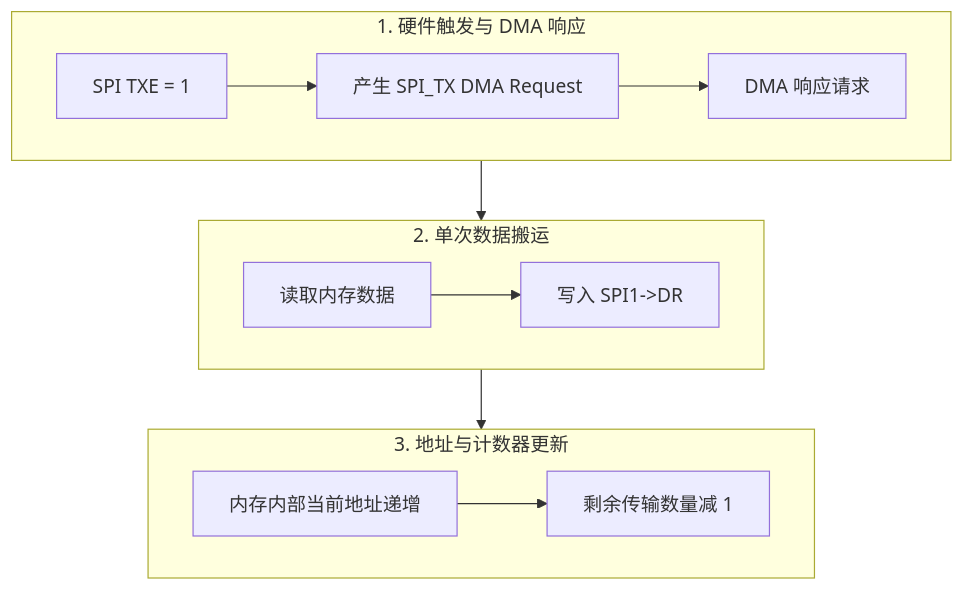
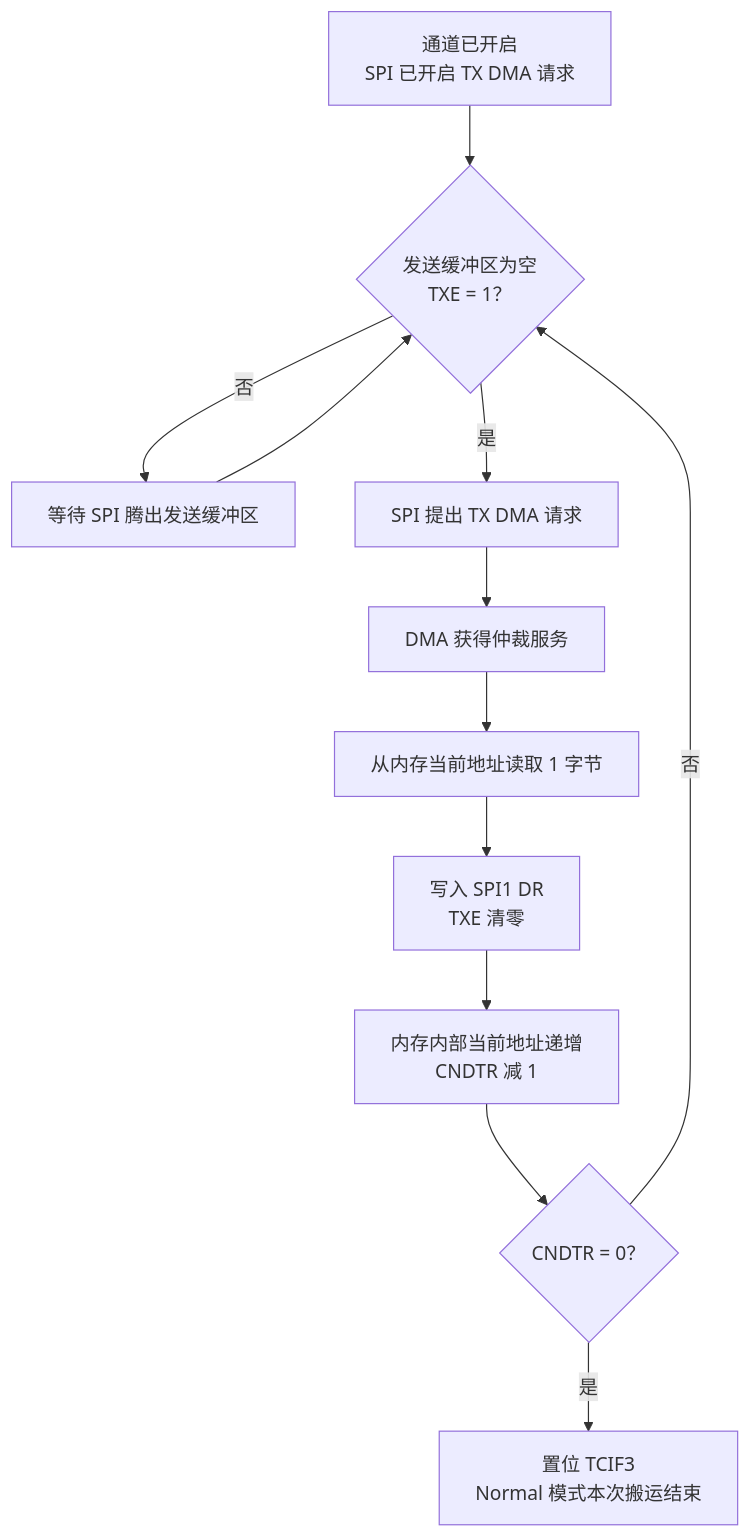
The fourth of 5 diagrams in 02-STM32/DMA/DMA-Direct Memory Access.md (JayQingw/embedded-notes), drawn with Mermaid before and after one commit. The commit also changed other lines of this file and 62 other files, not shown here.

````diff
--- a/02-STM32/DMA/DMA-Direct Memory Access.md
+++ b/02-STM32/DMA/DMA-Direct Memory Access.md
@@ -274,19 +427,16 @@
 ```mermaid
 flowchart TD
-    subgraph G1["1. 硬件触发与 DMA 响应"]
-        direction LR
-        S1["SPI TXE = 1"] --> S2["产生 SPI_TX DMA Request"] --> S3["DMA 响应请求"]
-    end
+    A["通道已开启<br/>SPI 已开启 TX DMA 请求"] --> B{"发送缓冲区为空<br/>TXE = 1？"}
+    B -- "否" --> C["等待 SPI 腾出发送缓冲区"]
+    C --> B
 
-    subgraph G2["2. 单次数据搬运"]
-        direction LR
-        S4["读取内存数据"] --> S5["写入 SPI1->DR"]
-    end
+    B -- "是" --> D["SPI 提出 TX DMA 请求"]
+    D --> E["DMA 获得仲裁服务"]
+    E --> F["从内存当前地址读取 1 字节"]
+    F --> G["写入 SPI1 DR<br/>TXE 清零"]
+    G --> H["内存内部当前地址递增<br/>CNDTR 减 1"]
+    H --> I{"CNDTR = 0？"}
 
-    subgraph G3["3. 地址与计数器更新"]
-        direction LR
-        S6["内存内部当前地址递增"] --> S7["剩余传输数量减 1"]
-    end
-
-    G1 --> G2 --> G3
+    I -- "否" --> B
+    I -- "是" --> J["置位 TCIF3<br/>Normal 模式本次搬运结束"]
 ```
````
